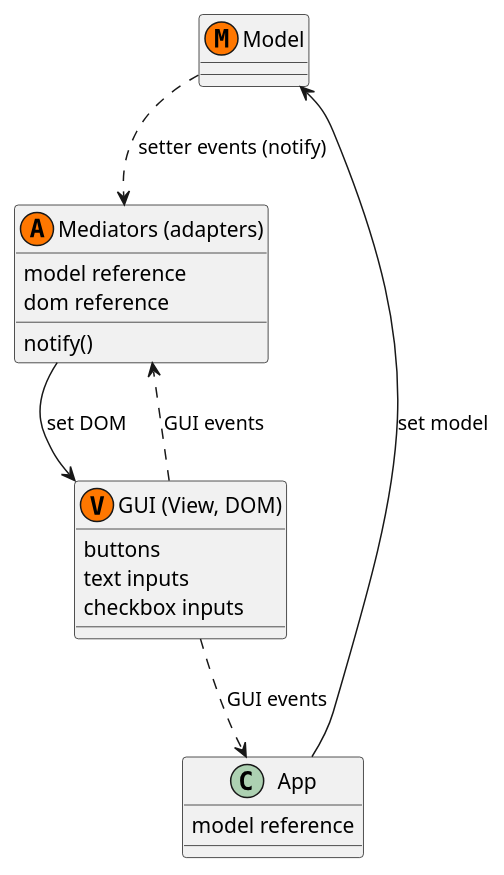
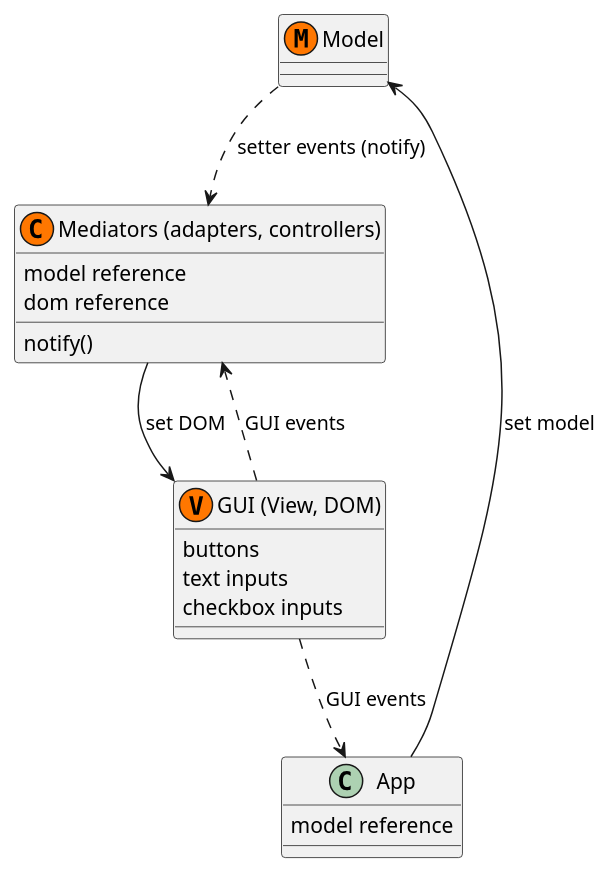
The diagram in doco.plantuml.wsd (abulka/gui-showdown), drawn with PlantUML before and after one commit. The commit also changed 4 other files, not shown here.

Commit message:
updated UML

```diff
--- a/doco.plantuml.wsd
+++ b/doco.plantuml.wsd
@@ -2,27 +2,27 @@
 @startuml MVA_MGM_Architecture
 
 class "Model"  << (M,#FF7700) >> {
 }
 
-class "Mediators (adapters)" << (A,#FF7700) >> {
+class "Mediators (adapters, controllers)" << (C,#FF7700) >> {
     model reference
     dom reference
     notify()
 }
 
 class "GUI (View, DOM)" << (V,#FF7700) >> {
     buttons
     text inputs
     checkbox inputs
 }
 
 class App {
     model reference
 }
 
-"Mediators (adapters)" --> "GUI (View, DOM)" : set DOM
-"GUI (View, DOM)" ..> "Mediators (adapters)" : GUI events
+"Mediators (adapters, controllers)" --> "GUI (View, DOM)" : set DOM
+"GUI (View, DOM)" ..> "Mediators (adapters, controllers)" : GUI events
 "GUI (View, DOM)" ..> App : GUI events
-Model ..> "Mediators (adapters)" : setter events (notify)
+Model ..> "Mediators (adapters, controllers)" : setter events (notify)
 App --> Model : set model
 @enduml
```
